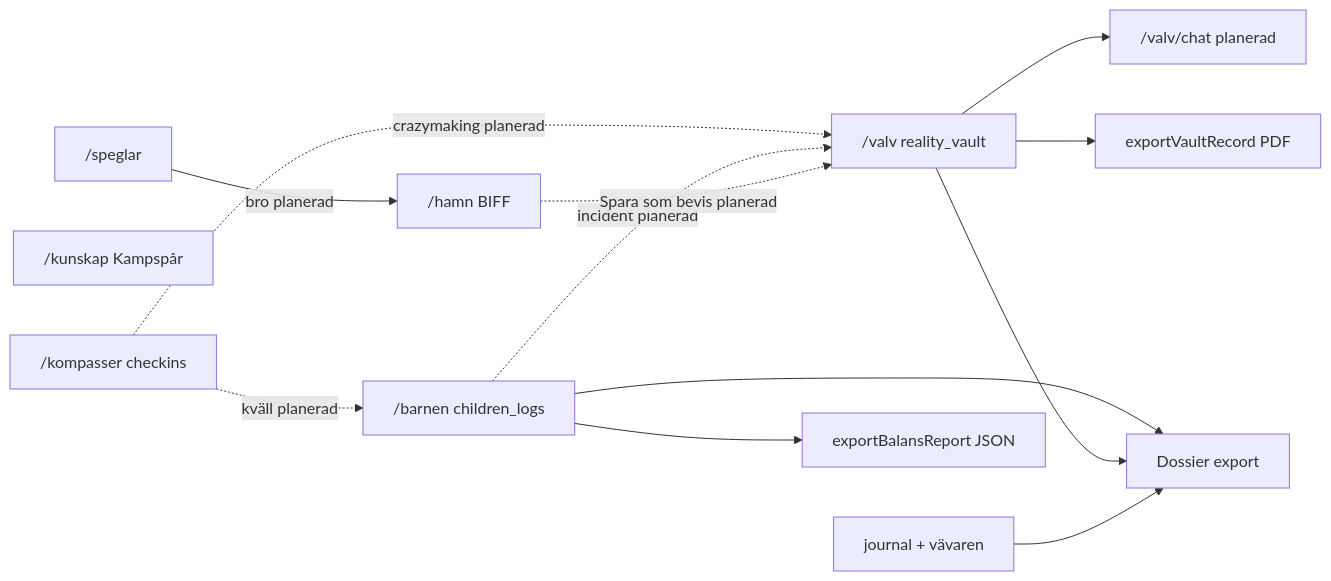
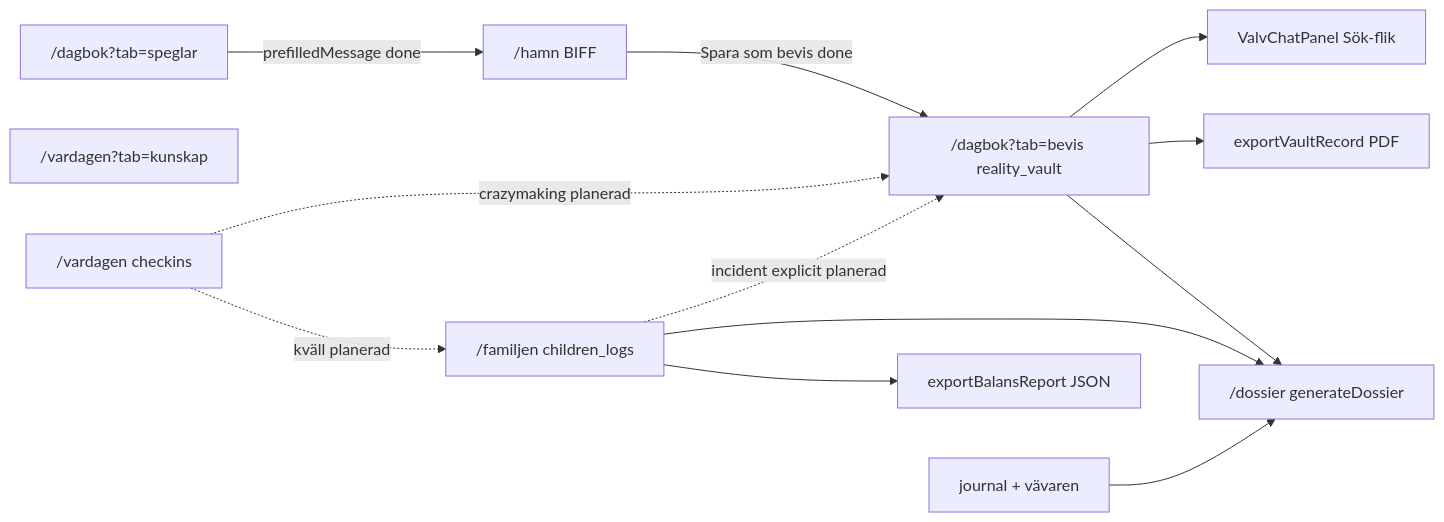
Before and after one commit to pontusmalmstrom9292-sys/Livskompassen3.0: the diagram in docs/specs/p2-flode.md, drawn with Mermaid. The commit also changed other lines of this file and 21 other files, not shown here.

First line of the commit message:
feat(dossier): embed in Valv, pdfBase64 fallback, and spec sync.

````diff
--- a/docs/specs/p2-flode.md
+++ b/docs/specs/p2-flode.md
@@ -5,25 +7,25 @@
 ```mermaid
 flowchart LR
-  Speglar["/speglar"]
+  Speglar["/dagbok?tab=speglar"]
   Hamn["/hamn BIFF"]
-  Barnen["/barnen children_logs"]
-  Valv["/valv reality_vault"]
-  ValvChat["/valv/chat planerad"]
-  Kunskap["/kunskap Kampspår"]
+  Barnen["/familjen children_logs"]
+  Valv["/dagbok?tab=bevis reality_vault"]
+  ValvChat["ValvChatPanel Sök-flik"]
+  Kunskap["/vardagen?tab=kunskap"]
   Journal["journal + vävaren"]
-  Dossier["Dossier export"]
+  Dossier["/dossier generateDossier"]
   PartialV["exportVaultRecord PDF"]
   PartialB["exportBalansReport JSON"]
-  Kompasser["/kompasser checkins"]
+  Kompasser["/vardagen checkins"]
   Valv --> ValvChat
   Valv --> PartialV
+  Valv --> Dossier
   Barnen --> PartialB
-  Speglar -->|"bro planerad"| Hamn
   Barnen --> Dossier
-  Valv --> Dossier
   Journal --> Dossier
+  Speglar -->|"prefilledMessage done"| Hamn
+  Hamn -->|"Spara som bevis done"| Valv
   Kompasser -.->|"kväll planerad"| Barnen
   Kompasser -.->|"crazymaking planerad"| Valv
-  Barnen -.->|"incident planerad"| Valv
-  Hamn -.->|"Spara som bevis planerad"| Valv
+  Barnen -.->|"incident explicit planerad"| Valv
 ```
````
